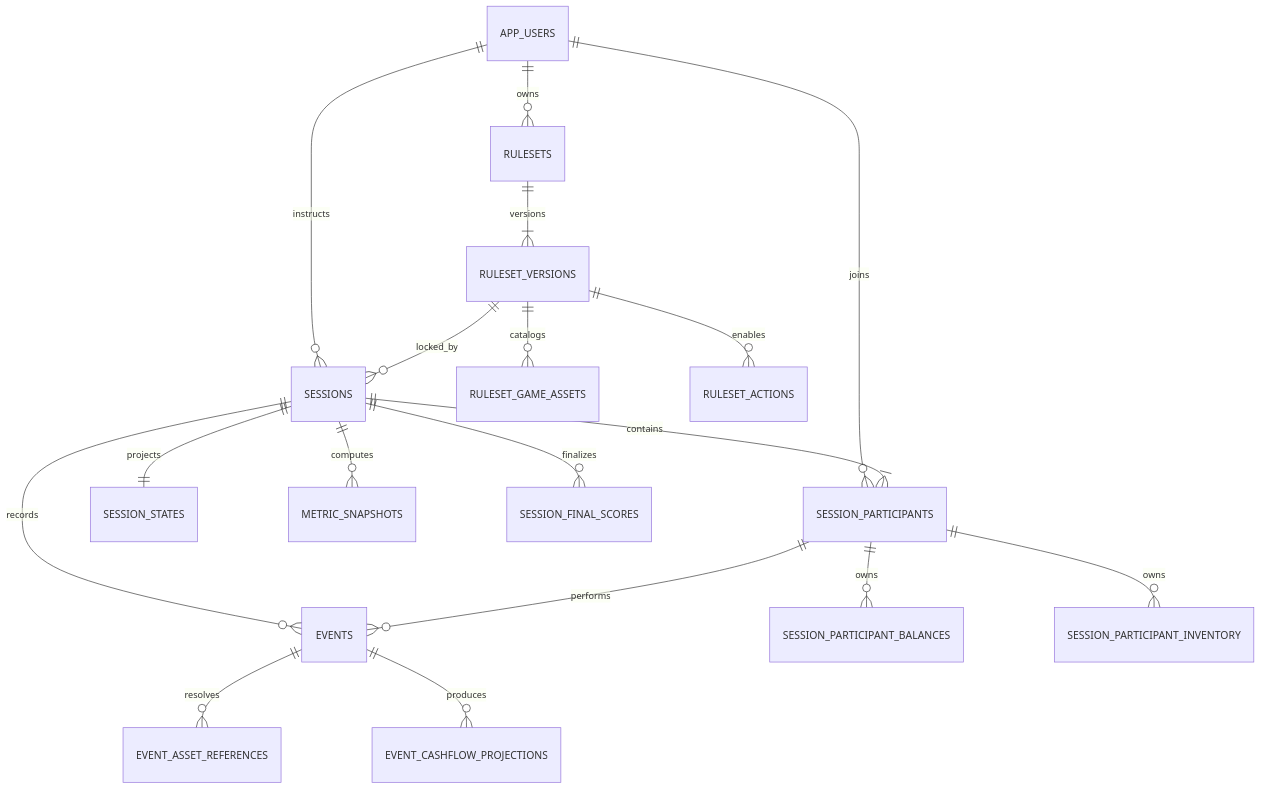
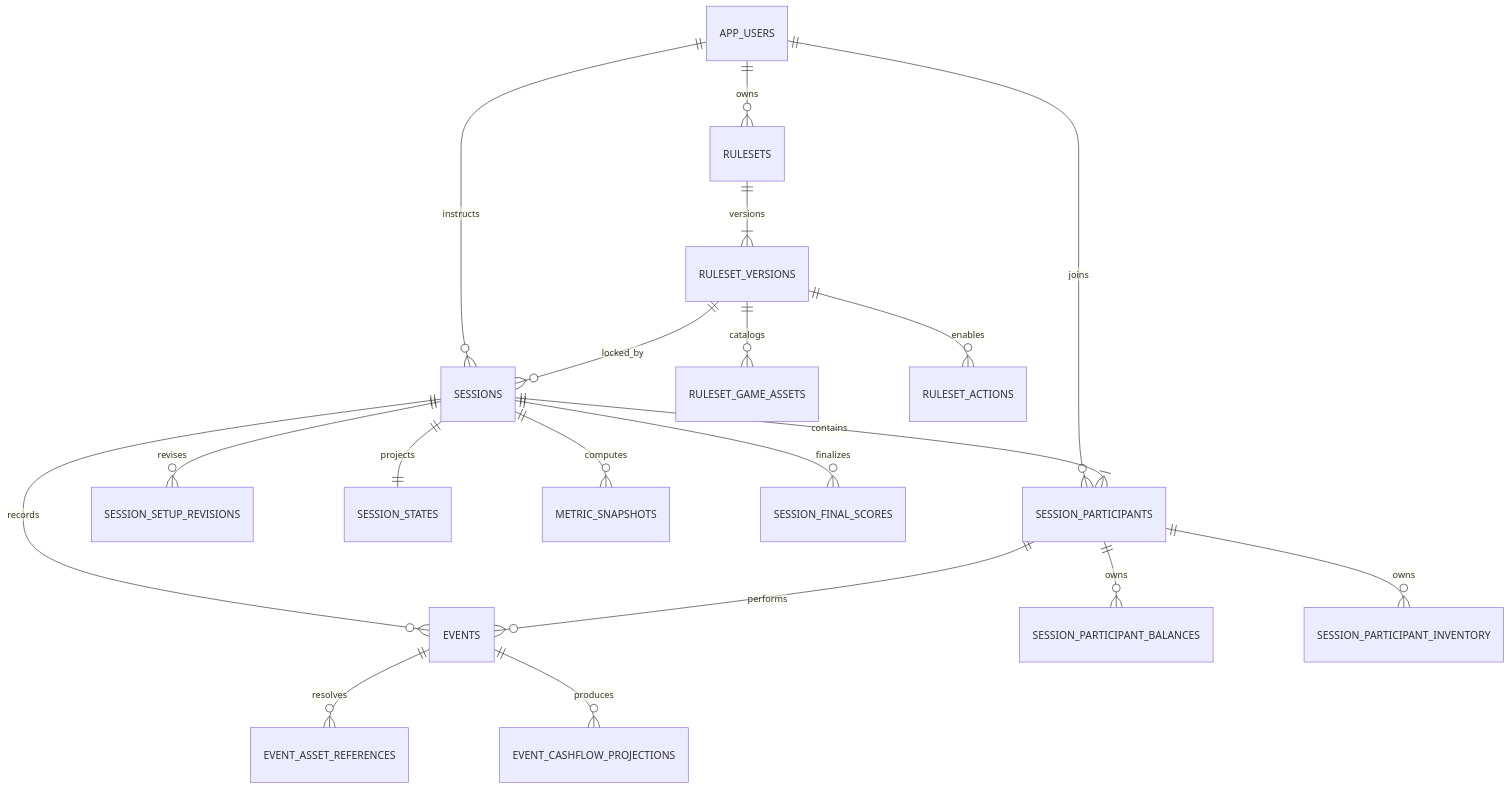
Before and after one commit to Marcellohugo/cashflowpoly-analytics-platform: the diagram in README-DATABASE.md, drawn with Mermaid. The commit also changed other lines of this file and 18 other files, not shown here.

````diff
--- a/README-DATABASE.md
+++ b/README-DATABASE.md
@@ -34,20 +34,21 @@
 ```mermaid
 erDiagram
     APP_USERS ||--o{ RULESETS : owns
     APP_USERS ||--o{ SESSIONS : instructs
     APP_USERS ||--o{ SESSION_PARTICIPANTS : joins
     RULESETS ||--|{ RULESET_VERSIONS : versions
     RULESET_VERSIONS ||--o{ RULESET_GAME_ASSETS : catalogs
     RULESET_VERSIONS ||--o{ RULESET_ACTIONS : enables
     RULESET_VERSIONS ||--o{ SESSIONS : locked_by
     SESSIONS ||--|{ SESSION_PARTICIPANTS : contains
+    SESSIONS ||--o{ SESSION_SETUP_REVISIONS : revises
     SESSIONS ||--|| SESSION_STATES : projects
     SESSIONS ||--o{ EVENTS : records
     SESSION_PARTICIPANTS ||--o{ EVENTS : performs
     SESSION_PARTICIPANTS ||--o{ SESSION_PARTICIPANT_BALANCES : owns
     SESSION_PARTICIPANTS ||--o{ SESSION_PARTICIPANT_INVENTORY : owns
     EVENTS ||--o{ EVENT_ASSET_REFERENCES : resolves
     EVENTS ||--o{ EVENT_CASHFLOW_PROJECTIONS : produces
     SESSIONS ||--o{ METRIC_SNAPSHOTS : computes
     SESSIONS ||--o{ SESSION_FINAL_SCORES : finalizes
 ```
````
